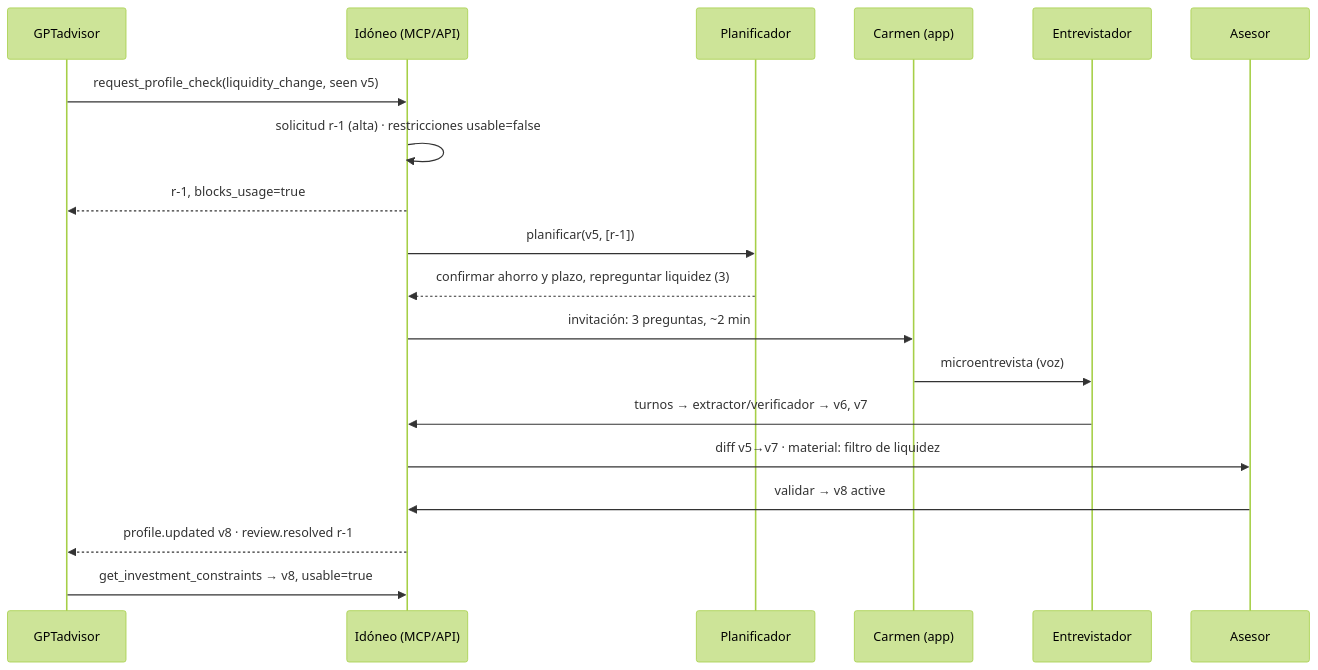
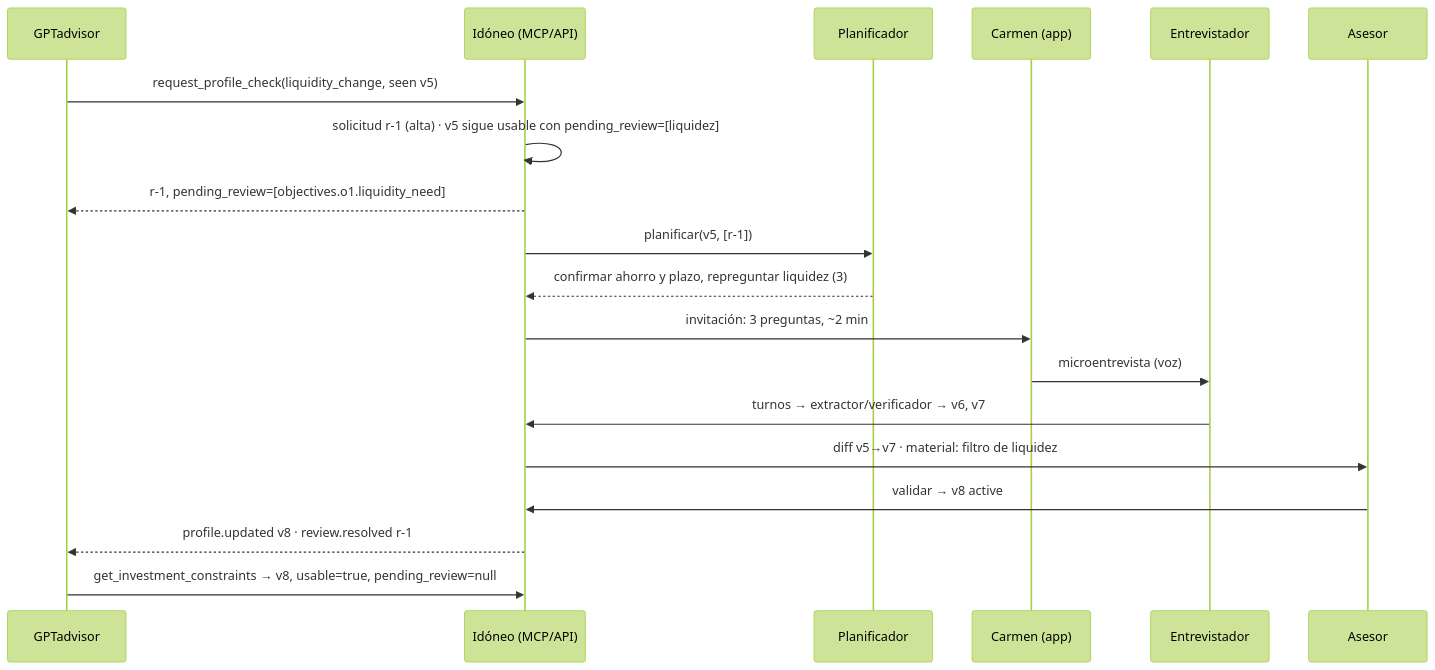
One commit to fernanrama/idoneo changed the second of 2 diagrams in docs/diseno/06-actualizacion-continua.md. Above: the diagram before and after it, drawn with Mermaid (forest theme). The commit also changed other lines of this file, not shown here.

First line of the commit message:
docs(diseno): decide la vigencia del §4.6, opción B (servir con aviso)

````diff
--- a/docs/diseno/06-actualizacion-continua.md
+++ b/docs/diseno/06-actualizacion-continua.md
@@ -302,21 +322,21 @@
 ```mermaid
 sequenceDiagram
     participant G as GPTadvisor
     participant I as Idóneo (MCP/API)
     participant P as Planificador
     participant C as Carmen (app)
     participant E as Entrevistador
     participant A as Asesor
     G->>I: request_profile_check(liquidity_change, seen v5)
-    I->>I: solicitud r-1 (alta) · restricciones usable=false
-    I-->>G: r-1, blocks_usage=true
+    I->>I: solicitud r-1 (alta) · v5 sigue usable con pending_review=[liquidez]
+    I-->>G: r-1, pending_review=[objectives.o1.liquidity_need]
     I->>P: planificar(v5, [r-1])
     P-->>I: confirmar ahorro y plazo, repreguntar liquidez (3)
     I->>C: invitación: 3 preguntas, ~2 min
     C->>E: microentrevista (voz)
     E->>I: turnos → extractor/verificador → v6, v7
     I->>A: diff v5→v7 · material: filtro de liquidez
     A->>I: validar → v8 active
     I-->>G: profile.updated v8 · review.resolved r-1
-    G->>I: get_investment_constraints → v8, usable=true
+    G->>I: get_investment_constraints → v8, usable=true, pending_review=null
 ```
````
